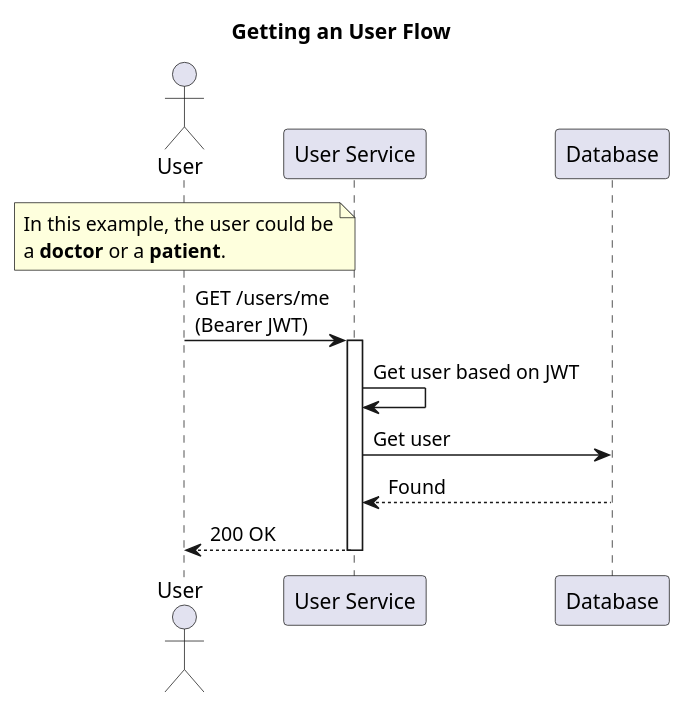
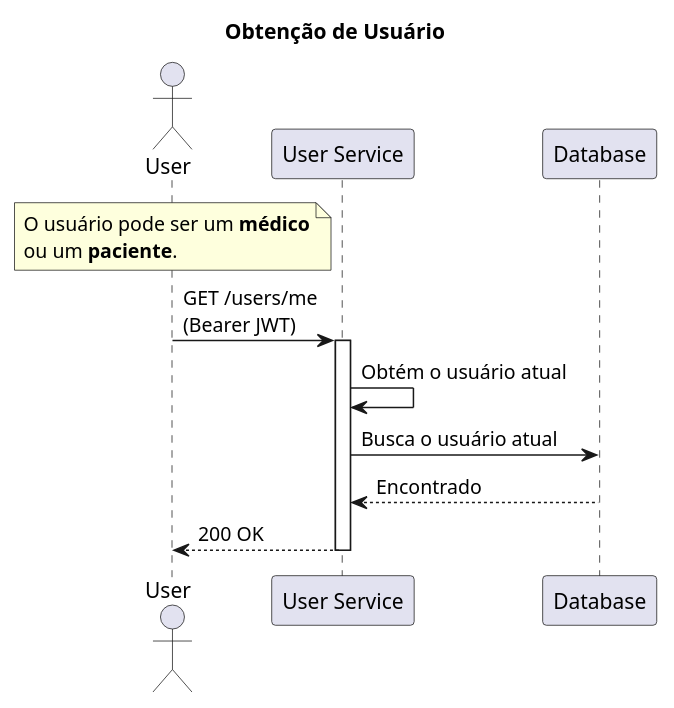
The diagram in docs/get_user.puml (jfelipearaujo-healthmed/user-service), drawn with PlantUML before and after one commit. The commit also changed 12 other files, not shown here.

```diff
--- a/docs/get_user.puml
+++ b/docs/get_user.puml
@@ -1,22 +1,22 @@
 @startuml get_user
 
-title Getting an User Flow
+title Obtenção de Usuário
 
 actor "User" as user
 participant "User Service" as user_service
 participant "Database" as database
 
 note over user
-In this example, the user could be
-a **doctor** or a **patient**.
+O usuário pode ser um **médico**
+ou um **paciente**.
 end note
 
 user -> user_service: GET /users/me\n(Bearer JWT)
 activate user_service
-user_service -> user_service: Get user based on JWT
-user_service -> database: Get user
-database --> user_service: Found
+user_service -> user_service: Obtém o usuário atual
+user_service -> database: Busca o usuário atual
+database --> user_service: Encontrado
 user_service --> user: 200 OK
 deactivate user_service
 
 @enduml
```
